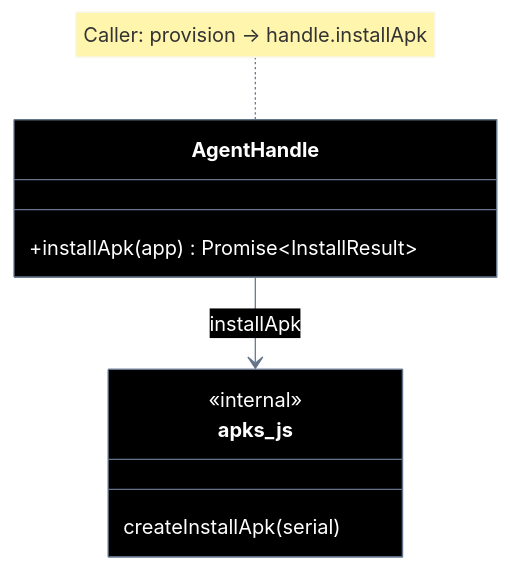
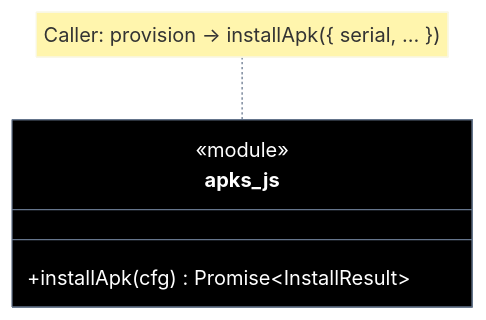
Before and after one commit to laerciogermano/workstation: the second of 2 diagrams in screen-robot/implementation-plan/EP-03-instalar-apks.md, drawn with Mermaid. The commit also changed other lines of this file and 49 other files, not shown here.

````diff
--- a/screen-robot/implementation-plan/EP-03-instalar-apks.md
+++ b/screen-robot/implementation-plan/EP-03-instalar-apks.md
@@ -238,38 +230,34 @@
 ```mermaid
 ---
 config:
   theme: base
   themeVariables:
     darkMode: true
     background: '#000000'
     primaryColor: '#000000'
     primaryTextColor: '#ffffff'
     primaryBorderColor: '#64748b'
     secondaryColor: '#000000'
     secondaryTextColor: '#ffffff'
     secondaryBorderColor: '#64748b'
     tertiaryColor: '#000000'
     tertiaryTextColor: '#ffffff'
     tertiaryBorderColor: '#64748b'
     lineColor: '#64748b'
     textColor: '#ffffff'
     mainBkg: '#000000'
     nodeBorder: '#64748b'
     clusterBkg: '#000000'
     clusterBorder: '#333333'
     titleColor: '#ffffff'
     edgeLabelBackground: '#000000'
     classText: '#ffffff'
 ---
 classDiagram
   direction TB
-  class AgentHandle {
-    +installApk(app) Promise~InstallResult~
+  class apks_js {
+    <<module>>
+    +installApk(cfg) Promise~InstallResult~
   }
-  class apks_js {
-    <<internal>>
-    createInstallApk(serial)
-  }
-  note for AgentHandle "Caller: provision → handle.installApk"
-  AgentHandle --> apks_js : installApk
+  note for apks_js "Caller: provision → installApk({ serial, … })"
 ```
````
